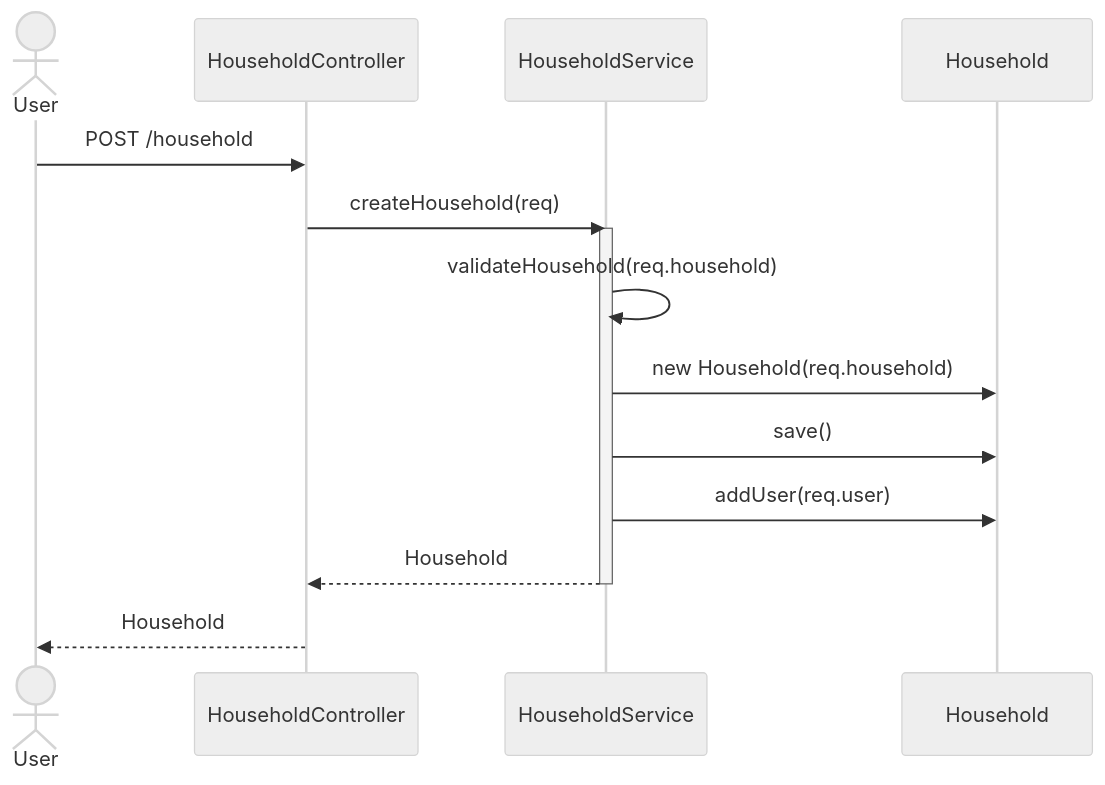
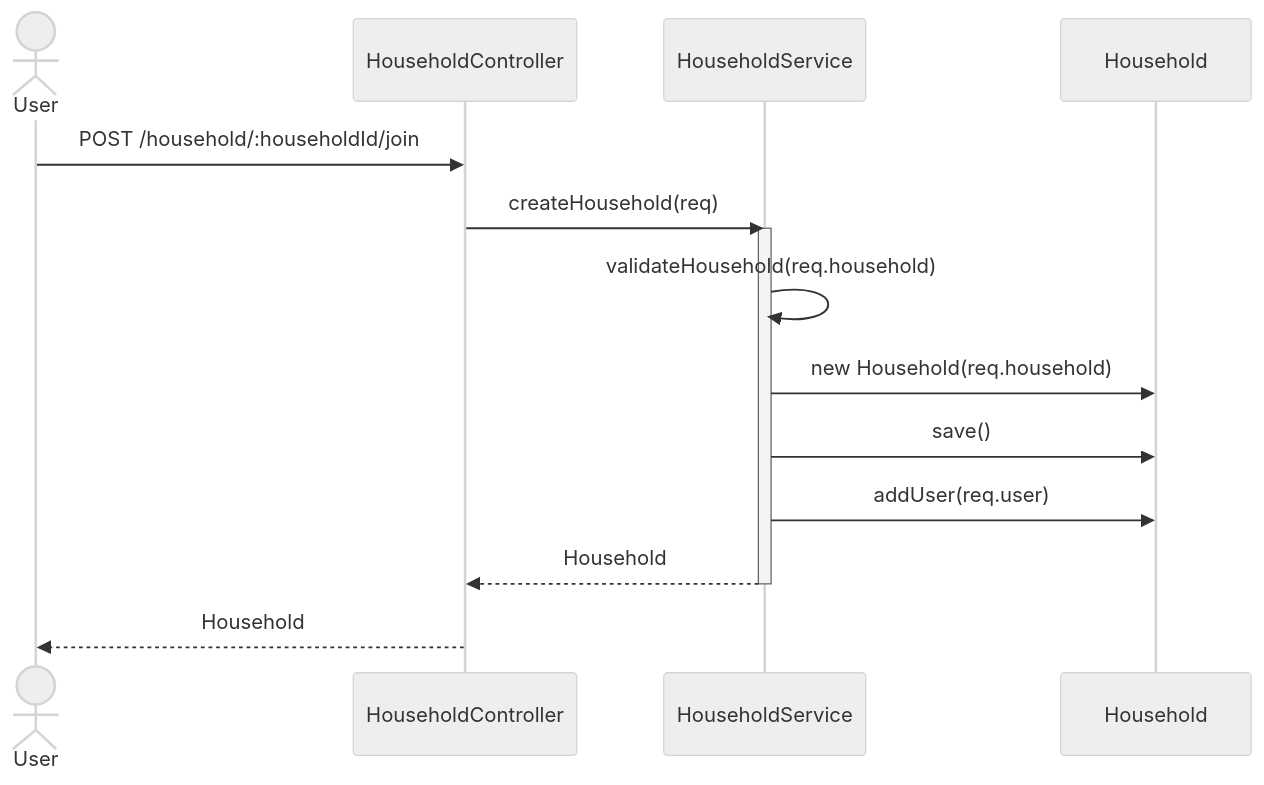
One commit to danielplan/wastend changed the second of 6 diagrams in docs/user-journeys.md. Above: the diagram before and after it, drawn with Mermaid (neutral theme). The commit also changed other lines of this file, not shown here.

Commit message:
some architecture plans

````diff
--- a/docs/user-journeys.md
+++ b/docs/user-journeys.md
@@ -27,14 +36,14 @@
 ```mermaid
 sequenceDiagram
     actor User
-    User ->> HouseholdController: POST /household
+    User ->> HouseholdController: POST /household/:householdId/join
     HouseholdController ->> HouseholdService: createHousehold(req)
     activate HouseholdService
     HouseholdService ->> HouseholdService: validateHousehold(req.household)
     HouseholdService ->> Household: new Household(req.household)
     HouseholdService ->> Household: save()
     HouseholdService ->> Household: addUser(req.user)
     HouseholdService -->> HouseholdController: Household
     deactivate HouseholdService
     HouseholdController -->> User: Household
 ```
````
